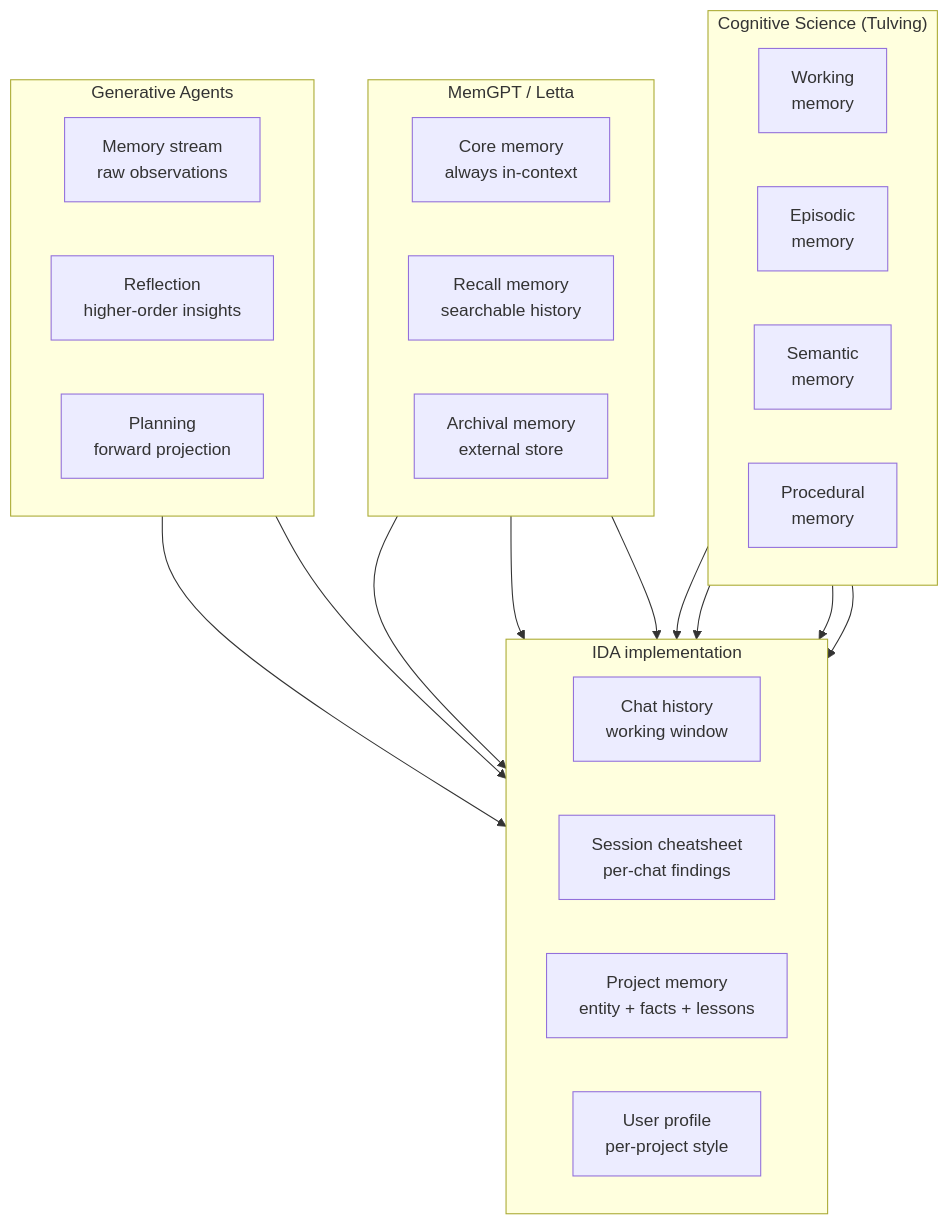
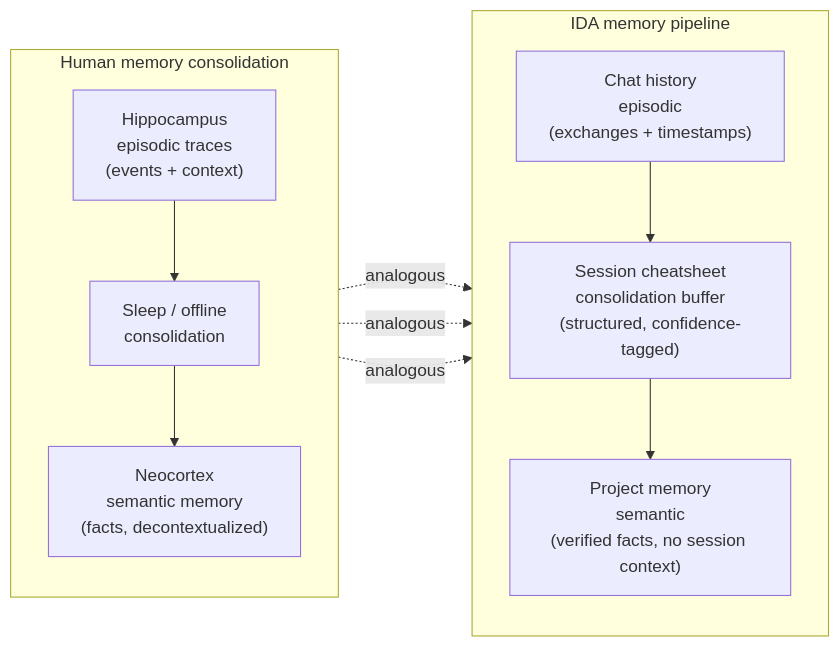
The first of 5 diagrams in memory_design.md (wiedersehne/Ida-arch), drawn with Mermaid before and after one commit. The commit also changed other lines of this file, not shown here.

````diff
--- a/memory_design.md
+++ b/memory_design.md
@@ -33,44 +46,22 @@
 ```mermaid
-flowchart TB
-    subgraph COG ["Cognitive Science (Tulving)"]
-        direction LR
-        CWM["Working\nmemory"]
-        CEP["Episodic\nmemory"]
-        CSEM["Semantic\nmemory"]
-        CPROC["Procedural\nmemory"]
+flowchart LR
+    subgraph HUMAN ["Human memory consolidation"]
+        direction TB
+        HC["Hippocampus\nepisodic traces\n(events + context)"]
+        SLEEP["Sleep / offline\nconsolidation"]
+        NC["Neocortex\nsemantic memory\n(facts, decontextualized)"]
+        HC --> SLEEP --> NC
     end
 
-    subgraph MG ["MemGPT / Letta"]
-        direction LR
-        CORE["Core memory\nalways in-context"]
-        RECALL["Recall memory\nsearchable history"]
-        ARCH["Archival memory\nexternal store"]
+    subgraph IDA ["IDA memory pipeline"]
+        direction TB
+        CH["Chat history\nepisodic\n(exchanges + timestamps)"]
+        CS["Session cheatsheet\nconsolidation buffer\n(structured, confidence-tagged)"]
+        PM["Project memory\nsemantic\n(verified facts, no session context)"]
+        CH --> CS --> PM
     end
 
-    subgraph GA ["Generative Agents"]
-        direction LR
-        STREAM["Memory stream\nraw observations"]
-        REFL["Reflection\nhigher-order insights"]
-        PLAN["Planning\nforward projection"]
-    end
-
-    subgraph IDA ["IDA implementation"]
-        direction LR
-        CH["Chat history\nworking window"]
-        CSH["Session cheatsheet\nper-chat findings"]
-        PM["Project memory\nentity + facts + lessons"]
-        UP["User profile\nper-project style"]
-    end
-
-    CWM --> CH
-    CEP --> CSH
-    CSEM --> PM
-    CPROC --> UP
-
-    CORE --> CH
-    RECALL --> CSH
-    ARCH --> PM
-
-    STREAM --> CSH
-    REFL --> PM
+    HC -.->|analogous| CH
+    SLEEP -.->|analogous| CS
+    NC -.->|analogous| PM
 ```
````
